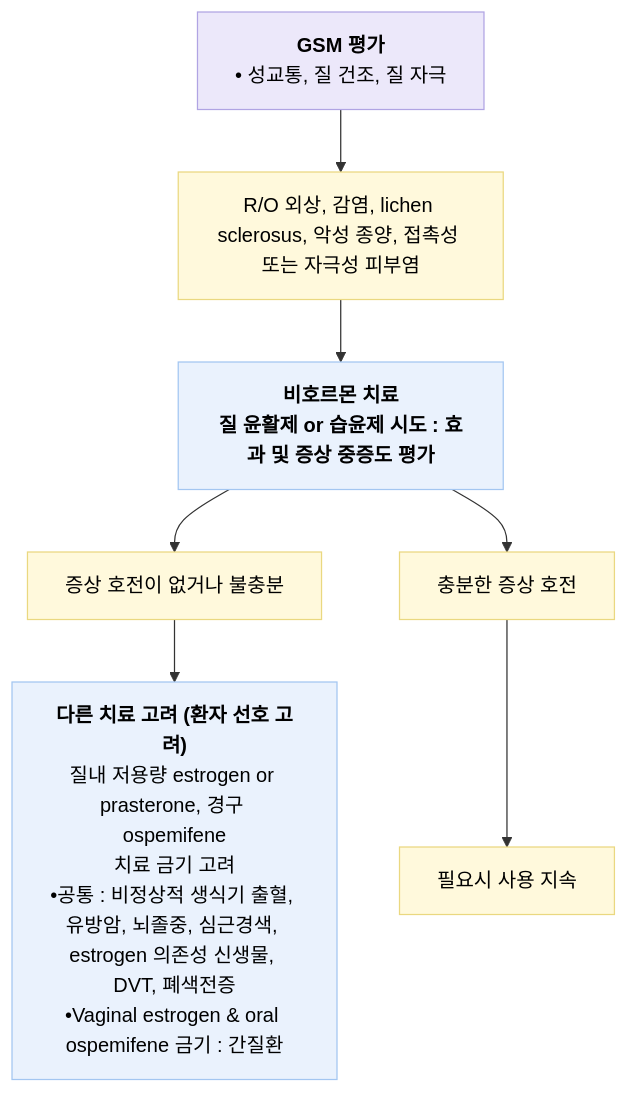
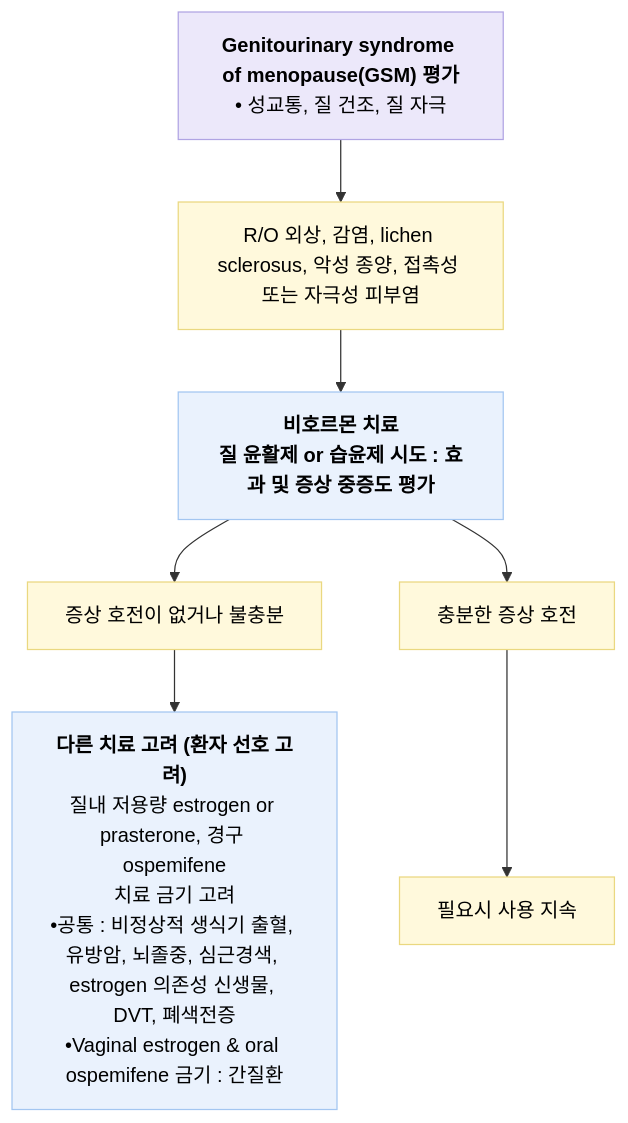
Before and after one commit to familyoh77/familyoh77: the second of 2 diagrams in 226_/108_-menopause-syndrome.md, drawn with Mermaid. The commit also changed other lines of this file, not shown here.

````diff
--- a/226_/108_-menopause-syndrome.md
+++ b/226_/108_-menopause-syndrome.md
@@ -155,29 +158,29 @@
 ```mermaid
 graph TD
-    A["<b>GSM 평가</b><br/>• 성교통, 질 건조, 질 자극"]
+    A["<b>Genitourinary syndrome of menopause(GSM) 평가</b><br/>• 성교통, 질 건조, 질 자극"]
 
     B["R/O 외상, 감염, lichen sclerosus, 악성 종양, 접촉성 또는 자극성 피부염"]
 
     C["<b>비호르몬 치료</b><br/><b>질 윤활제 or 습윤제 시도 : 효과 및 증상 중증도 평가</b>"]
 
     D1["증상 호전이 없거나 불충분"]
     D2["충분한 증상 호전"]
 
     E1["<b>다른 치료 고려 (환자 선호 고려)</b><br/>질내 저용량 estrogen or prasterone, 경구 ospemifene<br/>치료 금기 고려<br/>•공통 : 비정상적 생식기 출혈, 유방암, 뇌졸중, 심근경색, estrogen 의존성 신생물, DVT, 폐색전증<br/>•Vaginal estrogen & oral ospemifene 금기 : 간질환"]
     E2["필요시 사용 지속"]
 
     A --> B
     B --> C
     C --> D1
     C --> D2
     D1 --> E1
     D2 --> E2
 
     classDef purple fill:#ECE8FA,stroke:#B0A4E3,stroke-width:1px,color:#000000;
     classDef yellow fill:#FFF9DC,stroke:#EAD880,stroke-width:1px,color:#000000;
     classDef blue fill:#EAF2FD,stroke:#A3C6F1,stroke-width:1px,color:#000000;
 
     class A purple;
     class B,D1,D2,E2 yellow;
     class C,E1 blue;
 ```
````
